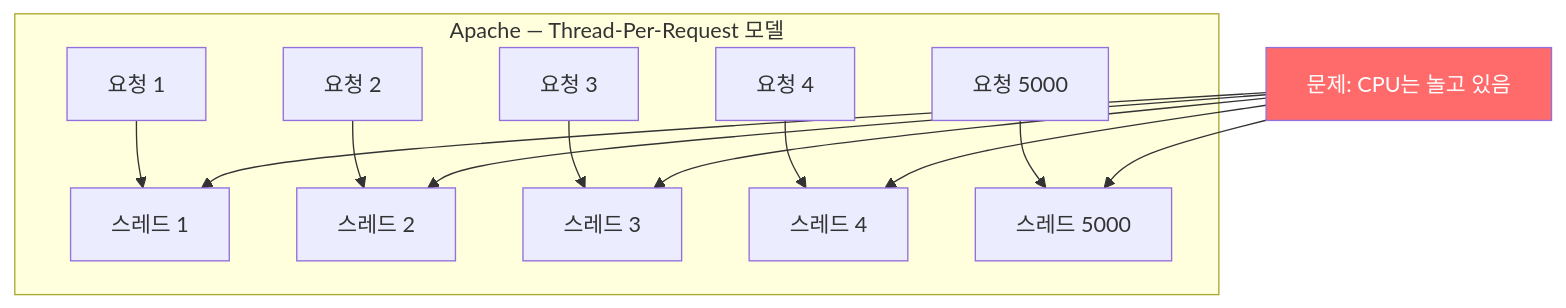
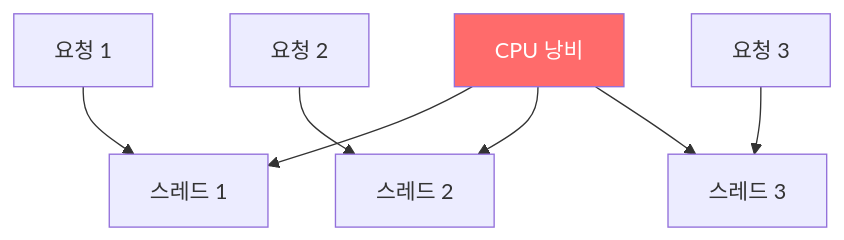
The first of 18 diagrams in _posts/server/2026-05-01-nginx.md (yjkim2015/yjkim2015.github.io), drawn with Mermaid before and after one commit. The commit also changed other lines of this file and 155 other files, not shown here.

First line of the commit message:
Mermaid 전면 수정: subgraph 제거, participant/노드/줄수 축소 (342블록)

````diff
--- a/_posts/server/2026-05-01-nginx.md
+++ b/_posts/server/2026-05-01-nginx.md
@@ -29,12 +29,8 @@
 ```mermaid
 graph TD
-    subgraph "Apache — Thread-Per-Request 모델"
-        R1["요청 1"] --> T1["스레드 1"]
-        R2["요청 2"] --> T2["스레드 2"]
-        R3["요청 3"] --> T3["스레드 3"]
-        R4["요청 4"] --> T4["스레드 4"]
-        R5["요청 5000"] --> T5["스레드 5000"]
-    end
-    PROBLEM["문제: CPU는 놀고 있음"] --> T1 & T2 & T3 & T4 & T5
+    R1["요청 1"] --> T1["스레드 1"]
+    R2["요청 2"] --> T2["스레드 2"]
+    R3["요청 3"] --> T3["스레드 3"]
+    PROBLEM["CPU 낭비"] --> T1 & T2 & T3
     style PROBLEM fill:#ff6b6b,color:#fff
 ```
````
